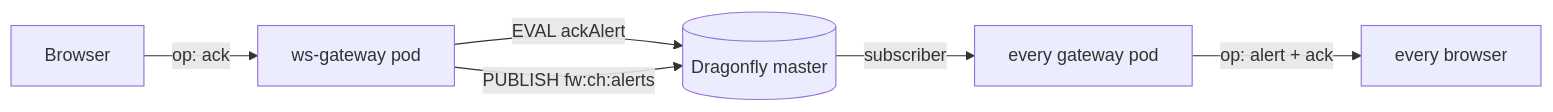
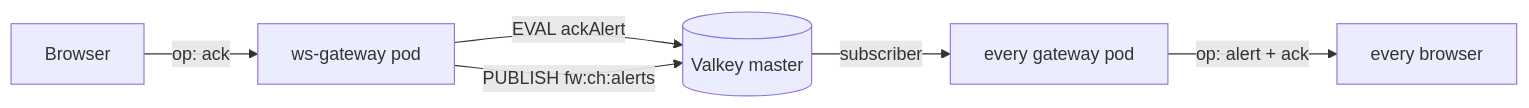
The diagram in docs/acknowledge.md (cucumberone/fire-watch), drawn with Mermaid before and after one commit. The commit also changed other lines of this file and 92 other files, not shown here.

````diff
--- a/docs/acknowledge.md
+++ b/docs/acknowledge.md
@@ -57,8 +60,8 @@
 ```mermaid
 flowchart LR
   B[Browser] -->|op: ack| G[ws-gateway pod]
-  G -->|EVAL ackAlert| D[(Dragonfly master)]
+  G -->|EVAL ackAlert| D[(Valkey master)]
   G -->|PUBLISH fw:ch:alerts| D
   D -->|subscriber| G2[every gateway pod]
   G2 -->|op: alert + ack| B2[every browser]
 ```
````
